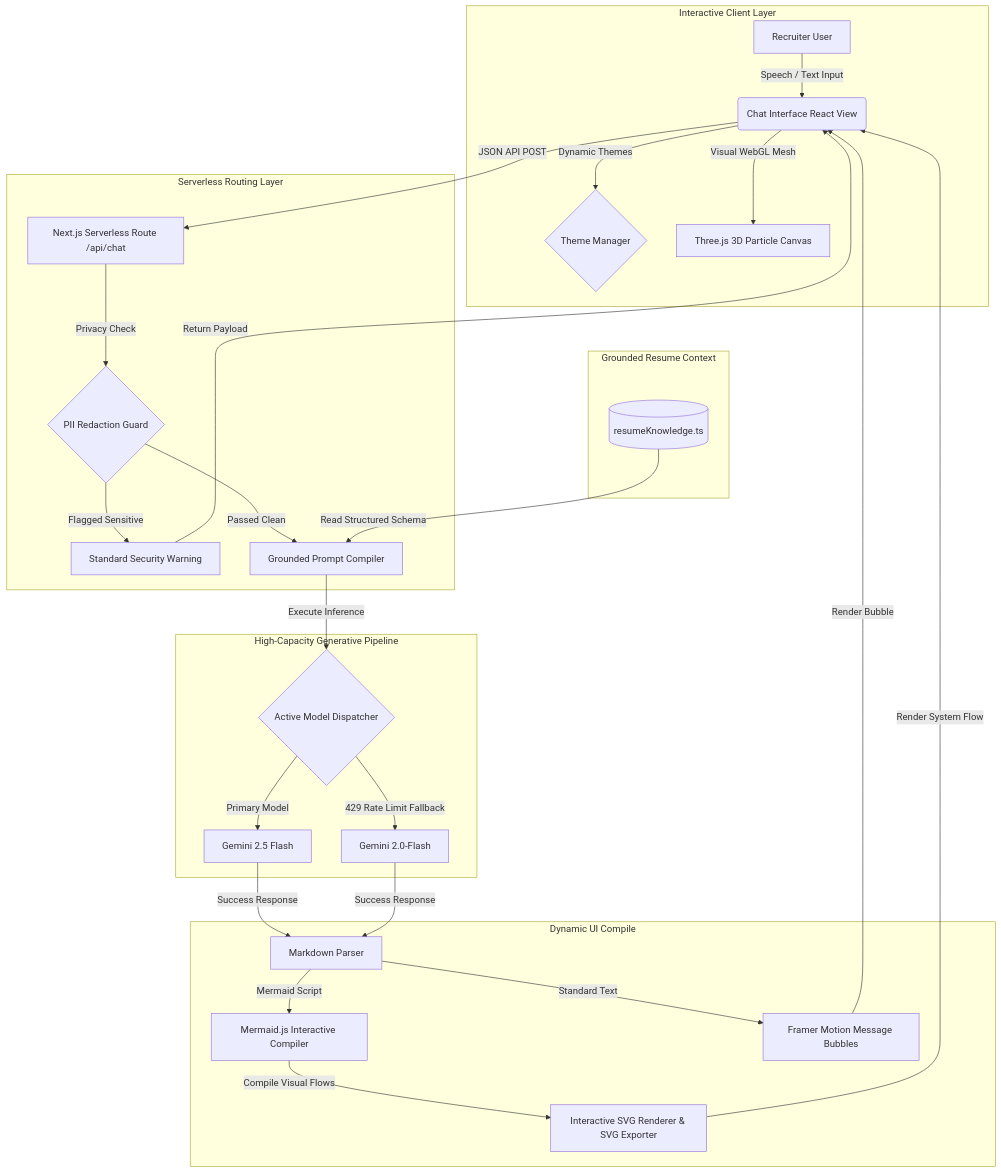
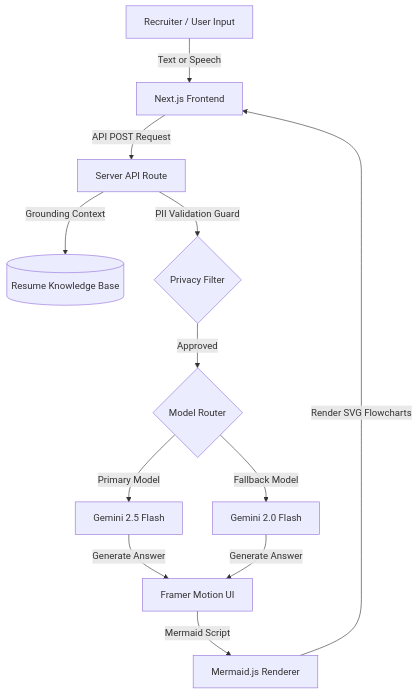
One commit to sivad5712/Siva_Ai_Resume_Chatbot changed the first of 2 diagrams in README.md. Above: the diagram before and after it, drawn with Mermaid.

Commit message:
Simplify technical architecture diagram in README.md for better readability

````diff
--- a/README.md
+++ b/README.md
@@ -70,37 +70,14 @@
 ```mermaid
 flowchart TD
-    subgraph Client Tier [Interactive Client Layer]
-        A[Recruiter User] -->|Speech / Text Input| B(Chat Interface React View)
-        B -->|Dynamic Themes| C{Theme Manager}
-        B -->|Visual WebGL Mesh| D[Three.js 3D Particle Canvas]
-    end
-
-    subgraph Controller Tier [Serverless Routing Layer]
-        B -->|JSON API POST| E[Next.js Serverless Route /api/chat]
-        E -->|Privacy Check| F{PII Redaction Guard}
-        F -->|Flagged Sensitive| G[Standard Security Warning]
-        F -->|Passed Clean| H[Grounded Prompt Compiler]
-    end
-
-    subgraph Knowledge Base [Grounded Resume Context]
-        I[(resumeKnowledge.ts)] -->|Read Structured Schema| H
-    end
-
-    subgraph LLM Routing Tier [High-Capacity Generative Pipeline]
-        H -->|Execute Inference| J{Active Model Dispatcher}
-        J -->|Primary Model| K[Gemini 2.5 Flash]
-        J -->|429 Rate Limit Fallback| L[Gemini 2.0-Flash]
-    end
-
-    subgraph Dynamic Response Layer [Dynamic UI Compile]
-        K -->|Success Response| M[Markdown Parser]
-        L -->|Success Response| M
-        M -->|Mermaid Script| N[Mermaid.js Interactive Compiler]
-        M -->|Standard Text| O[Framer Motion Message Bubbles]
-        N -->|Compile Visual Flows| P[Interactive SVG Renderer & SVG Exporter]
-    end
-
-    G -->|Return Payload| B
-    O -->|Render Bubble| B
-    P -->|Render System Flow| B
+    A[Recruiter / User Input] -->|Text or Speech| B[Next.js Frontend]
+    B -->|API POST Request| C[Server API Route]
+    C -->|Grounding Context| D[(Resume Knowledge Base)]
+    C -->|PII Validation Guard| E{Privacy Filter}
+    E -->|Approved| F{Model Router}
+    F -->|Primary Model| G[Gemini 2.5 Flash]
+    F -->|Fallback Model| H[Gemini 2.0 Flash]
+    G -->|Generate Answer| I[Framer Motion UI]
+    H -->|Generate Answer| I
+    I -->|Mermaid Script| J[Mermaid.js Renderer]
+    J -->|Render SVG Flowcharts| B
 ```
````
